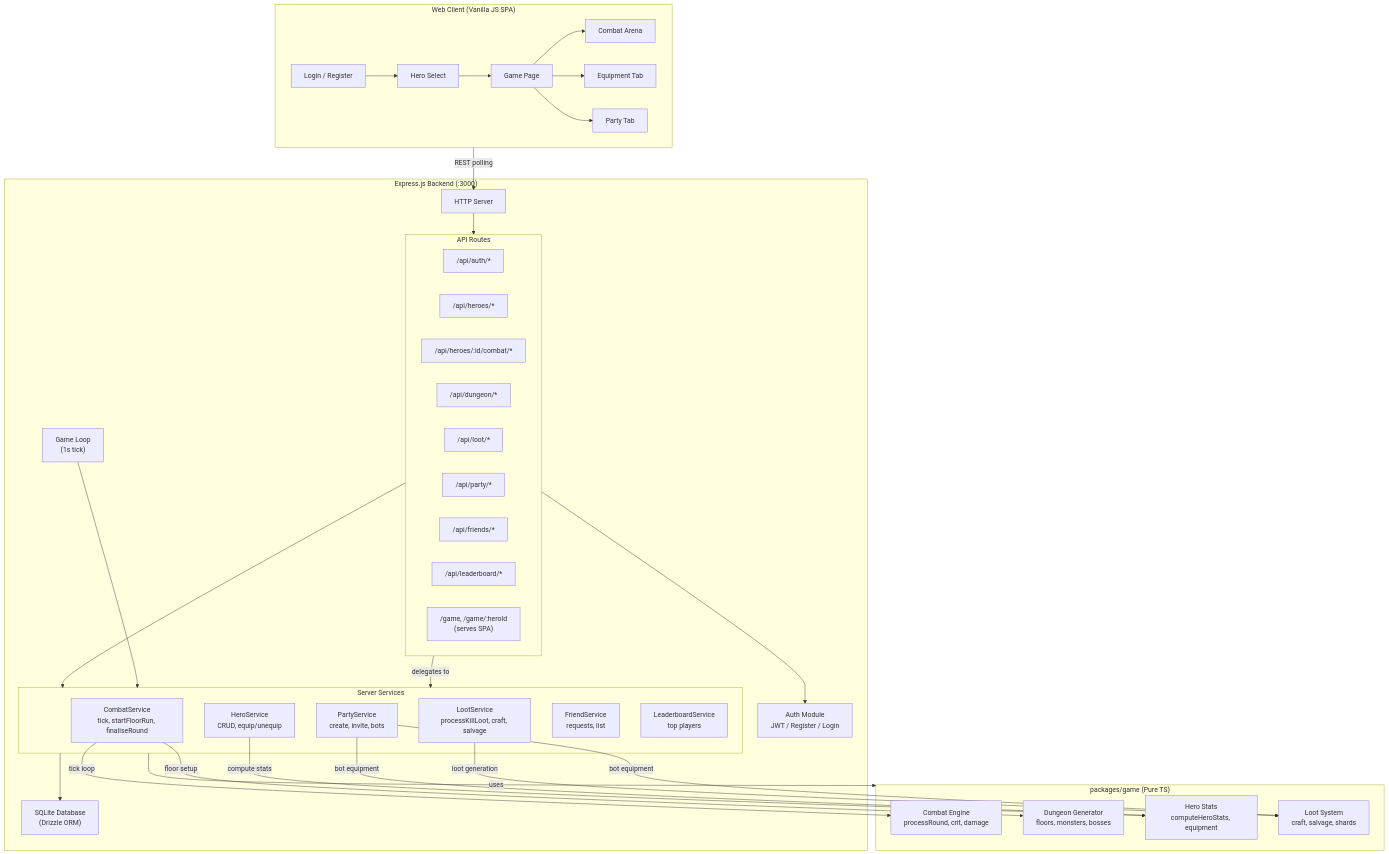
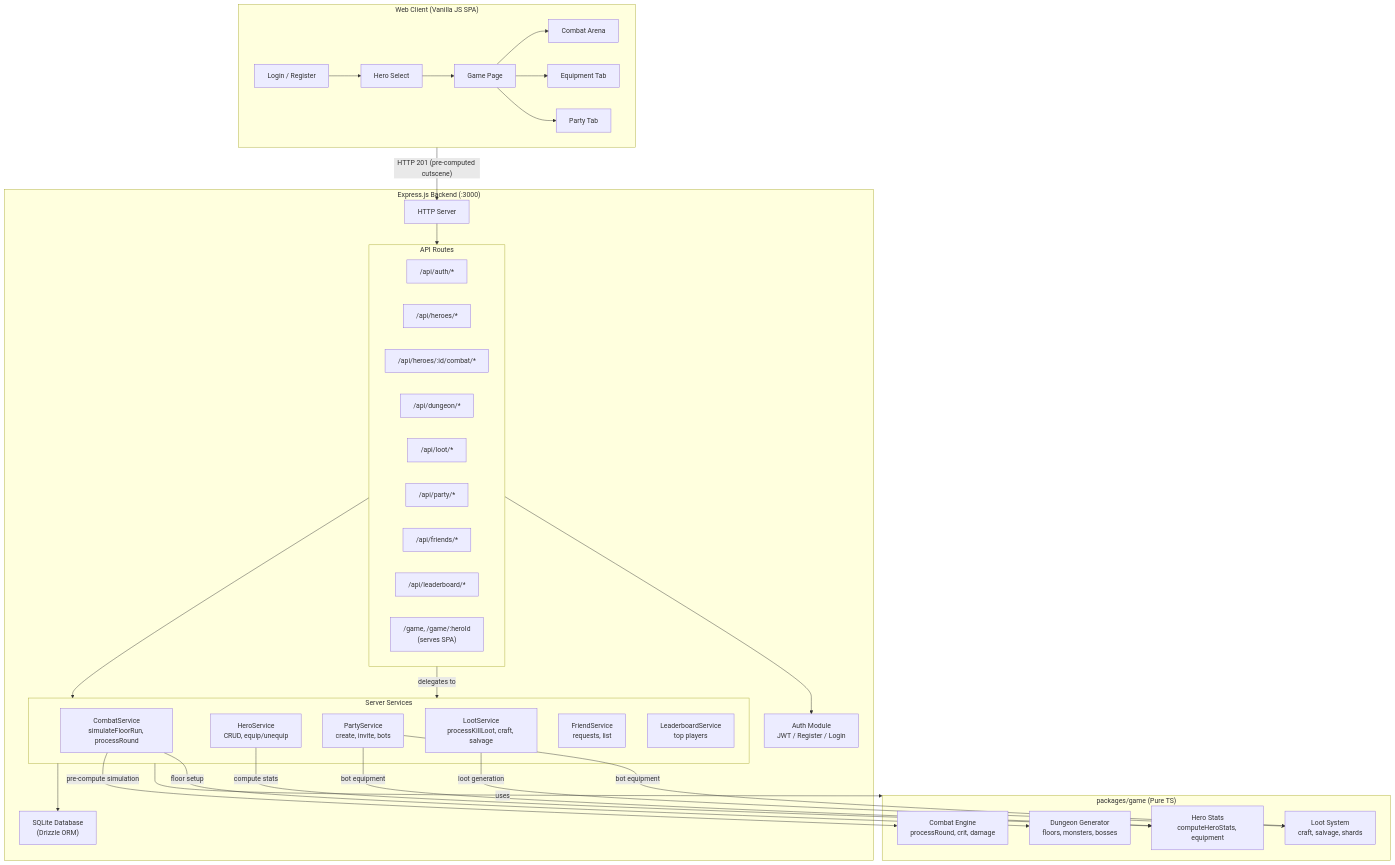
The diagram in ARCHITECTURE.md (Jake-Dennis/Jake-Idler), drawn with Mermaid before and after one commit. The commit also changed other lines of this file and 14 other files, not shown here.

````diff
--- a/ARCHITECTURE.md
+++ b/ARCHITECTURE.md
@@ -121,65 +125,62 @@
 ```mermaid
 flowchart TB
     subgraph Client["Web Client (Vanilla JS SPA)"]
         Login["Login / Register"]
         HeroSelect["Hero Select"]
         GameUI["Game Page"]
         CombatUI["Combat Arena"]
         EquipUI["Equipment Tab"]
         PartyUI["Party Tab"]
         Login --> HeroSelect --> GameUI
         GameUI --> CombatUI & EquipUI & PartyUI
     end
 
     subgraph Server["Express.js Backend (:3000)"]
         HTTP["HTTP Server"]
         Auth["Auth Module<br/>JWT / Register / Login"]
         Routes["Route Handlers"]
         Services["Service Layer"]
         DB["SQLite Database<br/>(Drizzle ORM)"]
-        GameLoop["Game Loop<br/>(1s tick)"]
-        
         HTTP --> Routes
         Routes --> Auth
         Routes --> Services
         Services --> DB
-        GameLoop --> Services
     end
 
     subgraph GameLib["packages/game (Pure TS)"]
         CombatEngine["Combat Engine<br/>processRound, crit, damage"]
         DungeonGen["Dungeon Generator<br/>floors, monsters, bosses"]
         HeroStats["Hero Stats<br/>computeHeroStats, equipment"]
         LootGen["Loot System<br/>craft, salvage, shards"]
     end
 
     subgraph Services["Server Services"]
-        CS["CombatService<br/>tick, startFloorRun, finaliseRound"]
+        CS["CombatService<br/>simulateFloorRun, processRound"]
         HS["HeroService<br/>CRUD, equip/unequip"]
         PS["PartyService<br/>create, invite, bots"]
         LS["LootService<br/>processKillLoot, craft, salvage"]
         FS["FriendService<br/>requests, list"]
         LB["LeaderboardService<br/>top players"]
     end
 
     subgraph Routes["API Routes"]
         AR["/api/auth/*"]
         HR["/api/heroes/*"]
         CR["/api/heroes/:id/combat/*"]
         DR["/api/dungeon/*"]
         LR["/api/loot/*"]
         PR["/api/party/*"]
         FR["/api/friends/*"]
         LBR["/api/leaderboard/*"]
         WR["/game, /game/:heroId<br/>(serves SPA)"]
     end
 
-    Client -- REST polling --> HTTP
+    Client -- HTTP 201 (pre-computed cutscene) --> HTTP
     Services -- uses --> GameLib
     Routes -- delegates to --> Services
-    CS -- tick loop --> CombatEngine
+    CS -- pre-compute simulation --> CombatEngine
     CS -- floor setup --> DungeonGen
     HS -- compute stats --> HeroStats
     LS -- loot generation --> LootGen
     PS -- bot equipment --> LootGen & HeroStats
 ```
````
